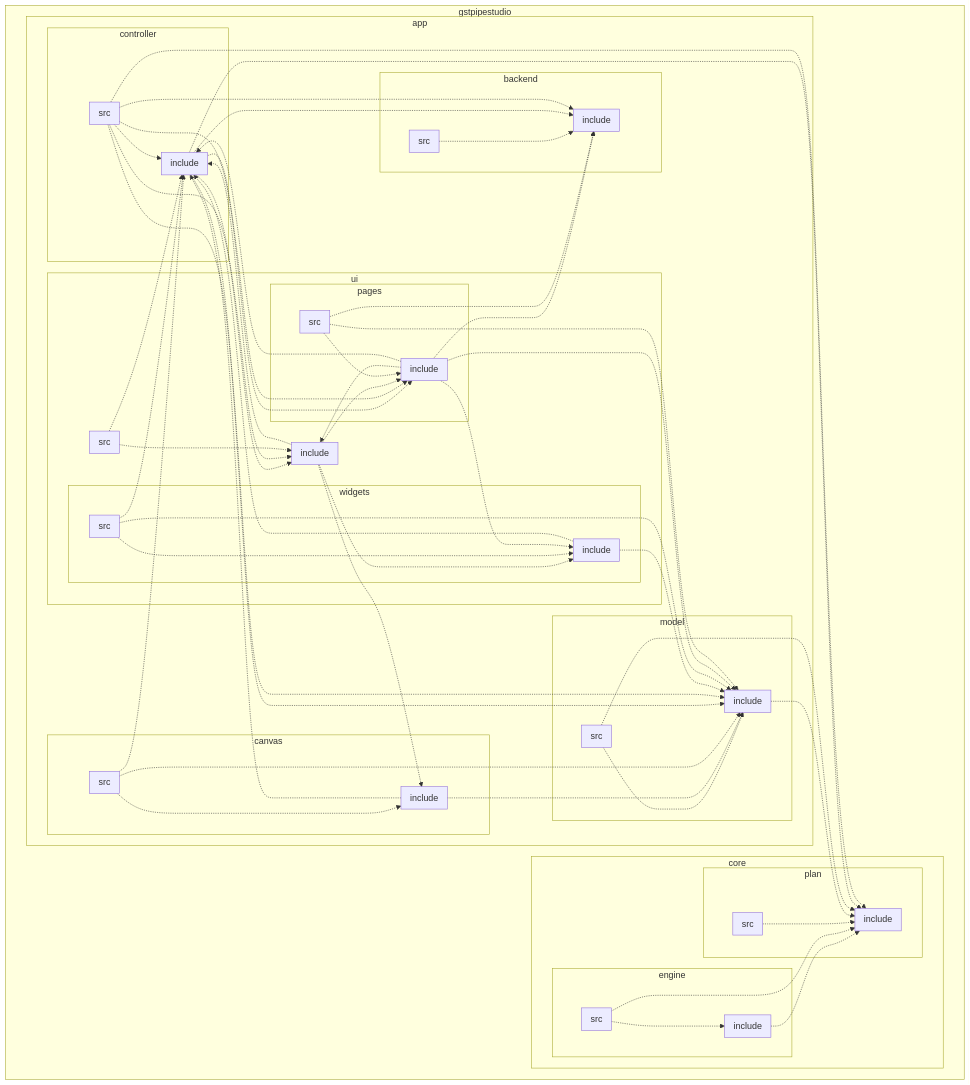
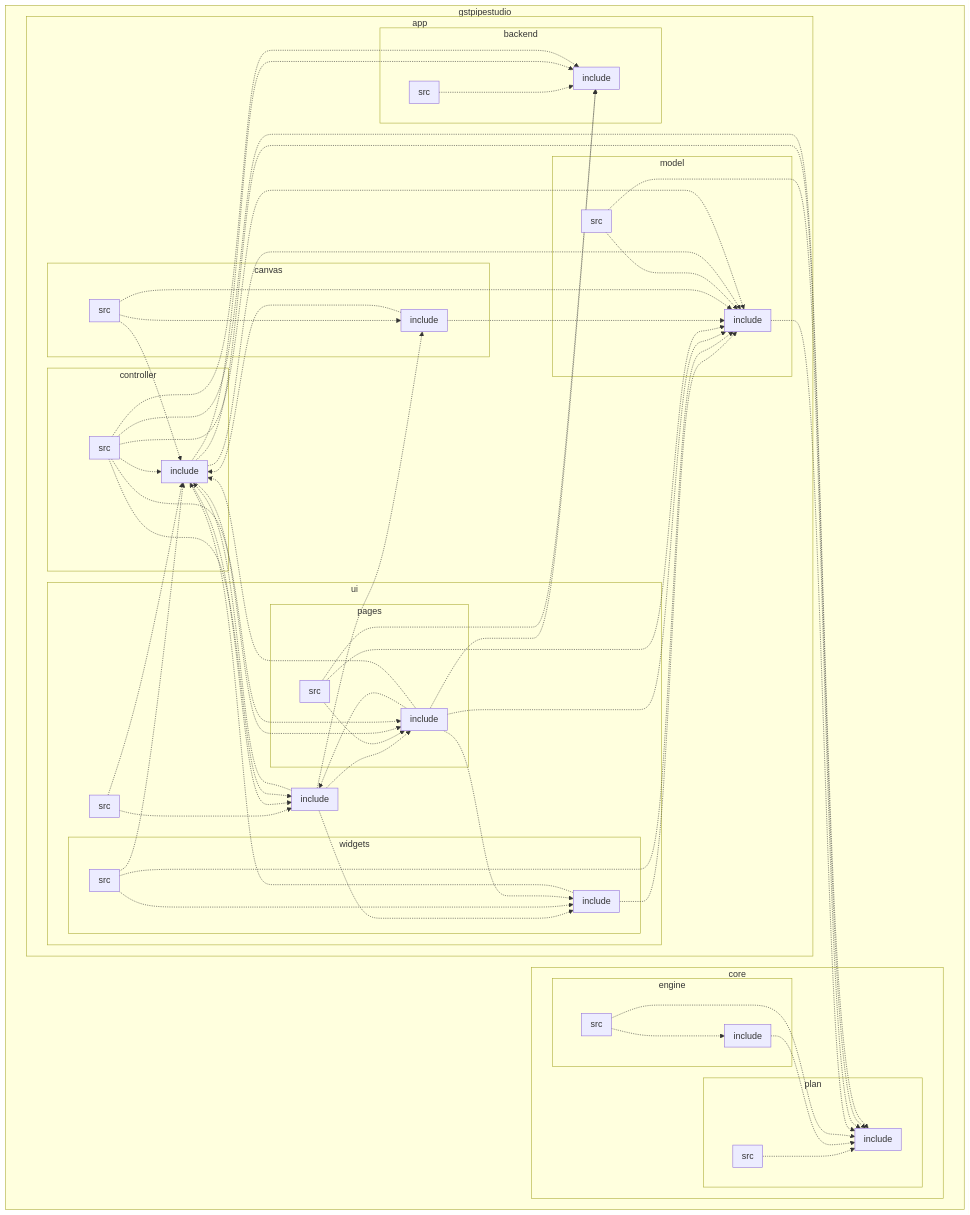
One commit to mevlt01001/GstPipeStudio changed the diagram in gstpipestudio/docs/uml/architecture_overview.mmd. Above: the diagram before and after it, drawn with Mermaid. The commit also changed other lines of this file and 14 other files, not shown here.

Commit message:
docs(uml): update UML diagrams [skip ci]

```diff
--- a/gstpipestudio/docs/uml/architecture_overview.mmd
+++ b/gstpipestudio/docs/uml/architecture_overview.mmd
@@ -1,107 +1,107 @@
 flowchart
     subgraph C_0017057495108627587053[gstpipestudio]
     subgraph C_0012894861064521867090[core]
+    subgraph C_0002971759619185555352[plan]
+    subgraph C_0010367999445651334064[include]
+    end
+    subgraph C_0002582689062293143727[src]
+    end
+    end
     subgraph C_0017923219906842221277[engine]
     subgraph C_0015966878866093441709[include]
     end
     subgraph C_0007287627865216652411[src]
     end
     end
-    subgraph C_0002971759619185555352[plan]
-    subgraph C_0010367999445651334064[include]
-    end
-    subgraph C_0002582689062293143727[src]
-    end
-    end
     end
     subgraph C_0017624386574524238040[app]
-    subgraph C_0003304101111281652823[model]
-    subgraph C_0014186263553356077660[include]
-    end
-    subgraph C_0008646445445754065813[src]
-    end
-    end
-    subgraph C_0001376217784616554099[canvas]
-    subgraph C_0006334039208790150231[include]
-    end
-    subgraph C_0000872430317709054616[src]
-    end
-    end
     subgraph C_0002981332528105629303[backend]
     subgraph C_0014306782409507360507[include]
     end
     subgraph C_0003203453289242908113[src]
-    end
-    end
-    subgraph C_0017632301074384575440[controller]
-    subgraph C_0005714370440626416223[include]
-    end
-    subgraph C_0017776803766029362029[src]
     end
     end
     subgraph C_0006670580327551572252[ui]
     subgraph C_0015771189195752869915[include]
     end
     subgraph C_0003776884589764586836[widgets]
     subgraph C_0001266318526031853264[include]
     end
     subgraph C_0004990143619839606891[src]
     end
     end
     subgraph C_0013130590165211359386[pages]
     subgraph C_0014300313270481322647[include]
     end
     subgraph C_0013972685662614161342[src]
     end
     end
     subgraph C_0000188829693883047291[src]
     end
     end
+    subgraph C_0001376217784616554099[canvas]
+    subgraph C_0006334039208790150231[include]
+    end
+    subgraph C_0000872430317709054616[src]
     end
     end
+    subgraph C_0003304101111281652823[model]
+    subgraph C_0014186263553356077660[include]
+    end
+    subgraph C_0008646445445754065813[src]
+    end
+    end
+    subgraph C_0017632301074384575440[controller]
+    subgraph C_0005714370440626416223[include]
+    end
+    subgraph C_0017776803766029362029[src]
+    end
+    end
+    end
+    end
+    C_0002582689062293143727 -.-> C_0010367999445651334064
     C_0015966878866093441709 -.-> C_0010367999445651334064
+    C_0007287627865216652411 -.-> C_0010367999445651334064
     C_0007287627865216652411 -.-> C_0015966878866093441709
-    C_0007287627865216652411 -.-> C_0010367999445651334064
-    C_0002582689062293143727 -.-> C_0010367999445651334064
-    C_0014186263553356077660 -.-> C_0010367999445651334064
-    C_0008646445445754065813 -.-> C_0014186263553356077660
-    C_0008646445445754065813 -.-> C_0010367999445651334064
+    C_0003203453289242908113 -.-> C_0014306782409507360507
+    C_0015771189195752869915 -.-> C_0005714370440626416223
+    C_0015771189195752869915 -.-> C_0006334039208790150231
+    C_0015771189195752869915 -.-> C_0014300313270481322647
+    C_0015771189195752869915 -.-> C_0001266318526031853264
+    C_0001266318526031853264 -.-> C_0014186263553356077660
+    C_0001266318526031853264 -.-> C_0005714370440626416223
+    C_0004990143619839606891 -.-> C_0014186263553356077660
+    C_0004990143619839606891 -.-> C_0001266318526031853264
+    C_0004990143619839606891 -.-> C_0005714370440626416223
+    C_0014300313270481322647 -.-> C_0014186263553356077660
+    C_0014300313270481322647 -.-> C_0001266318526031853264
+    C_0014300313270481322647 -.-> C_0015771189195752869915
+    C_0014300313270481322647 -.-> C_0014306782409507360507
+    C_0014300313270481322647 -.-> C_0005714370440626416223
+    C_0013972685662614161342 -.-> C_0014306782409507360507
+    C_0013972685662614161342 -.-> C_0014300313270481322647
+    C_0013972685662614161342 -.-> C_0014186263553356077660
+    C_0000188829693883047291 -.-> C_0005714370440626416223
+    C_0000188829693883047291 -.-> C_0015771189195752869915
     C_0006334039208790150231 -.-> C_0005714370440626416223
     C_0006334039208790150231 -.-> C_0014186263553356077660
+    C_0000872430317709054616 -.-> C_0006334039208790150231
     C_0000872430317709054616 -.-> C_0014186263553356077660
-    C_0000872430317709054616 -.-> C_0006334039208790150231
     C_0000872430317709054616 -.-> C_0005714370440626416223
-    C_0003203453289242908113 -.-> C_0014306782409507360507
+    C_0014186263553356077660 -.-> C_0010367999445651334064
+    C_0008646445445754065813 -.-> C_0010367999445651334064
+    C_0008646445445754065813 -.-> C_0014186263553356077660
     C_0005714370440626416223 -.-> C_0010367999445651334064
     C_0005714370440626416223 -.-> C_0014186263553356077660
     C_0005714370440626416223 -.-> C_0014306782409507360507
     C_0005714370440626416223 -.-> C_0015771189195752869915
     C_0005714370440626416223 -.-> C_0014300313270481322647
     C_0017776803766029362029 -.-> C_0014306782409507360507
     C_0017776803766029362029 -.-> C_0014186263553356077660
     C_0017776803766029362029 -.-> C_0010367999445651334064
     C_0017776803766029362029 -.-> C_0005714370440626416223
     C_0017776803766029362029 -.-> C_0015771189195752869915
     C_0017776803766029362029 -.-> C_0014300313270481322647
-    C_0015771189195752869915 -.-> C_0005714370440626416223
-    C_0015771189195752869915 -.-> C_0006334039208790150231
-    C_0015771189195752869915 -.-> C_0014300313270481322647
-    C_0015771189195752869915 -.-> C_0001266318526031853264
-    C_0001266318526031853264 -.-> C_0014186263553356077660
-    C_0001266318526031853264 -.-> C_0005714370440626416223
-    C_0004990143619839606891 -.-> C_0005714370440626416223
-    C_0004990143619839606891 -.-> C_0014186263553356077660
-    C_0004990143619839606891 -.-> C_0001266318526031853264
-    C_0014300313270481322647 -.-> C_0014186263553356077660
-    C_0014300313270481322647 -.-> C_0015771189195752869915
-    C_0014300313270481322647 -.-> C_0001266318526031853264
-    C_0014300313270481322647 -.-> C_0005714370440626416223
-    C_0014300313270481322647 -.-> C_0014306782409507360507
-    C_0013972685662614161342 -.-> C_0014306782409507360507
-    C_0013972685662614161342 -.-> C_0014300313270481322647
-    C_0013972685662614161342 -.-> C_0014186263553356077660
-    C_0000188829693883047291 -.-> C_0005714370440626416223
-    C_0000188829693883047291 -.-> C_0015771189195752869915
 
 %% Generated with clang-uml, version 0.6.3
 %% LLVM version Ubuntu clang version 15.0.7
```
